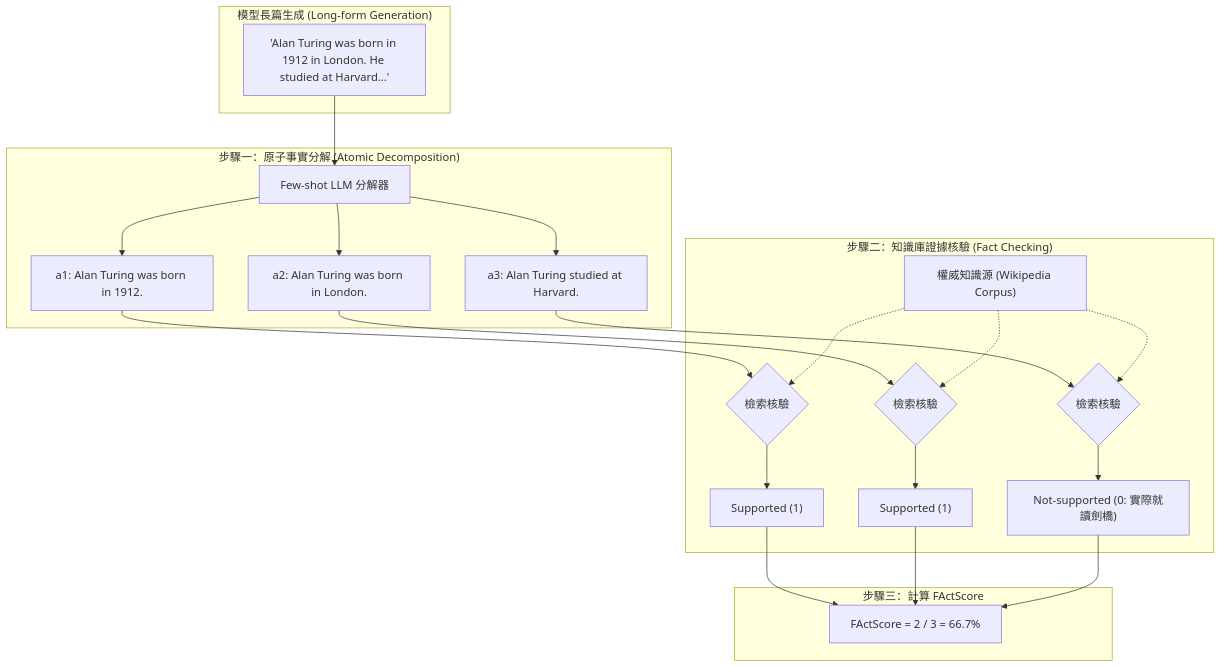
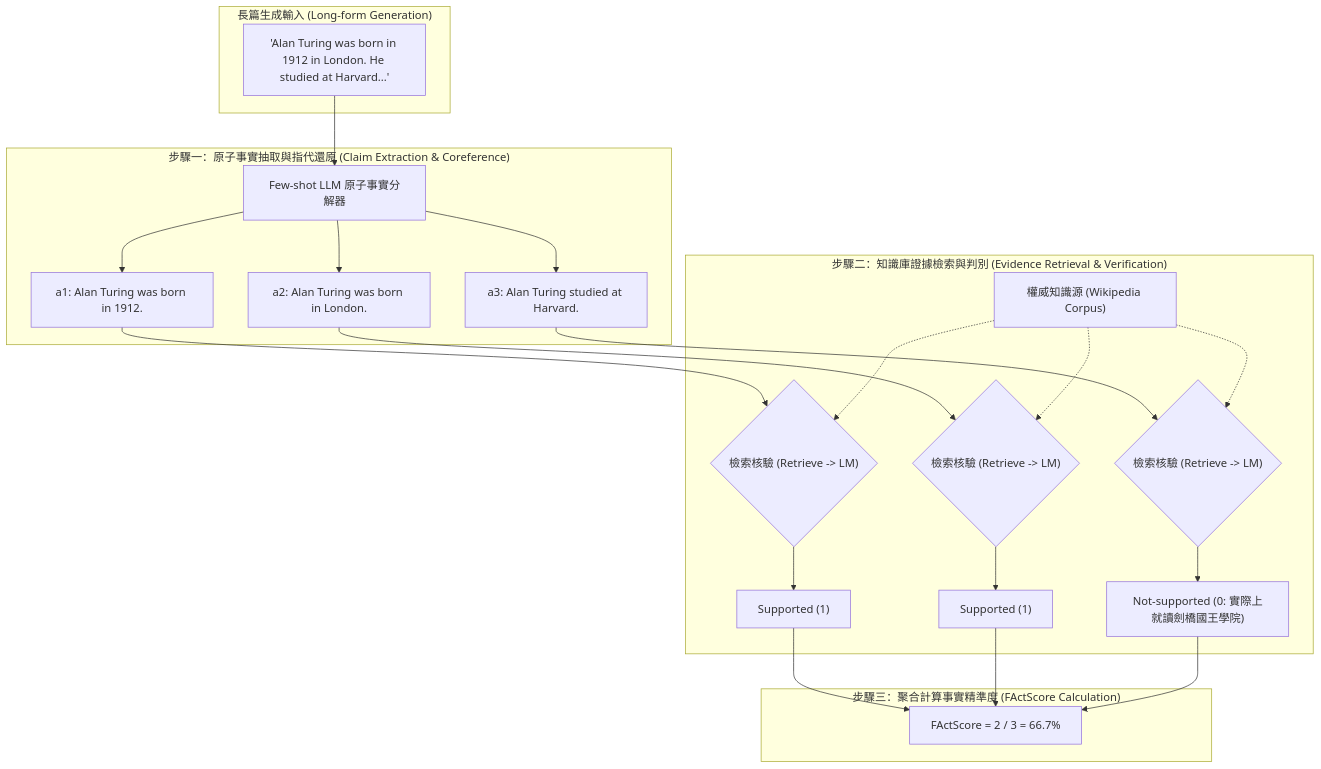
One commit to Cycl0n3-ga/RAG-survey changed the diagram in 03 - 論文庫 (Literature Notes)/06 - Benchmarks & Evaluation/(EMNLP 2023-12) FActScore - Fine-grained Atomic Evaluation of Factual Precision in Long Form Text Generation.md. Above: the diagram before and after it, drawn with Mermaid. The commit also changed other lines of this file and 8 other files, not shown here.

Commit message:
feat(d03): expand knowledge extraction with DenseX, FActScore, MAVEN-ERE, and GoLLIE

````diff
--- a/03 - 論文庫 (Literature Notes)/06 - Benchmarks & Evaluation/(EMNLP 2023-12) FActScore - Fine-grained Atomic Evaluation of Factual Precision in Long Form Text Generation.md
+++ b/03 - 論文庫 (Literature Notes)/06 - Benchmarks & Evaluation/(EMNLP 2023-12) FActScore - Fine-grained Atomic Evaluation of Factual Precision in Long Form Text Generation.md
@@ -76,32 +96,32 @@
 ```mermaid
 flowchart TD
-    subgraph input["模型長篇生成 (Long-form Generation)"]
+    subgraph input_stage["長篇生成輸入 (Long-form Generation)"]
         GEN["'Alan Turing was born in 1912 in London. He studied at Harvard...'"]
     end
 
-    subgraph step1["步驟一：原子事實分解 (Atomic Decomposition)"]
-        GEN --> DEC["Few-shot LLM 分解器"]
+    subgraph decomp_stage["步驟一：原子事實抽取與指代還原 (Claim Extraction & Coreference)"]
+        GEN --> DEC["Few-shot LLM 原子事實分解器"]
         DEC --> A1["a1: Alan Turing was born in 1912."]
         DEC --> A2["a2: Alan Turing was born in London."]
         DEC --> A3["a3: Alan Turing studied at Harvard."]
     end
 
-    subgraph step2["步驟二：知識庫證據核驗 (Fact Checking)"]
+    subgraph verif_stage["步驟二：知識庫證據檢索與判別 (Evidence Retrieval & Verification)"]
         WIKI["權威知識源 (Wikipedia Corpus)"]
-        A1 --> V1{"檢索核驗"}
-        A2 --> V2{"檢索核驗"}
-        A3 --> V3{"檢索核驗"}
+        A1 --> V1{"檢索核驗 (Retrieve -> LM)"}
+        A2 --> V2{"檢索核驗 (Retrieve -> LM)"}
+        A3 --> V3{"檢索核驗 (Retrieve -> LM)"}
         WIKI -.-> V1
         WIKI -.-> V2
         WIKI -.-> V3
         V1 --> S1["Supported (1)"]
         V2 --> S2["Supported (1)"]
-        V3 --> S3["Not-supported (0: 實際就讀劍橋)"]
+        V3 --> S3["Not-supported (0: 實際上就讀劍橋國王學院)"]
     end
 
-    subgraph score["步驟三：計算 FActScore"]
+    subgraph score_stage["步驟三：聚合計算事實精準度 (FActScore Calculation)"]
         S1 --> CALC["FActScore = 2 / 3 = 66.7%"]
         S2 --> CALC
         S3 --> CALC
     end
 ```
````
